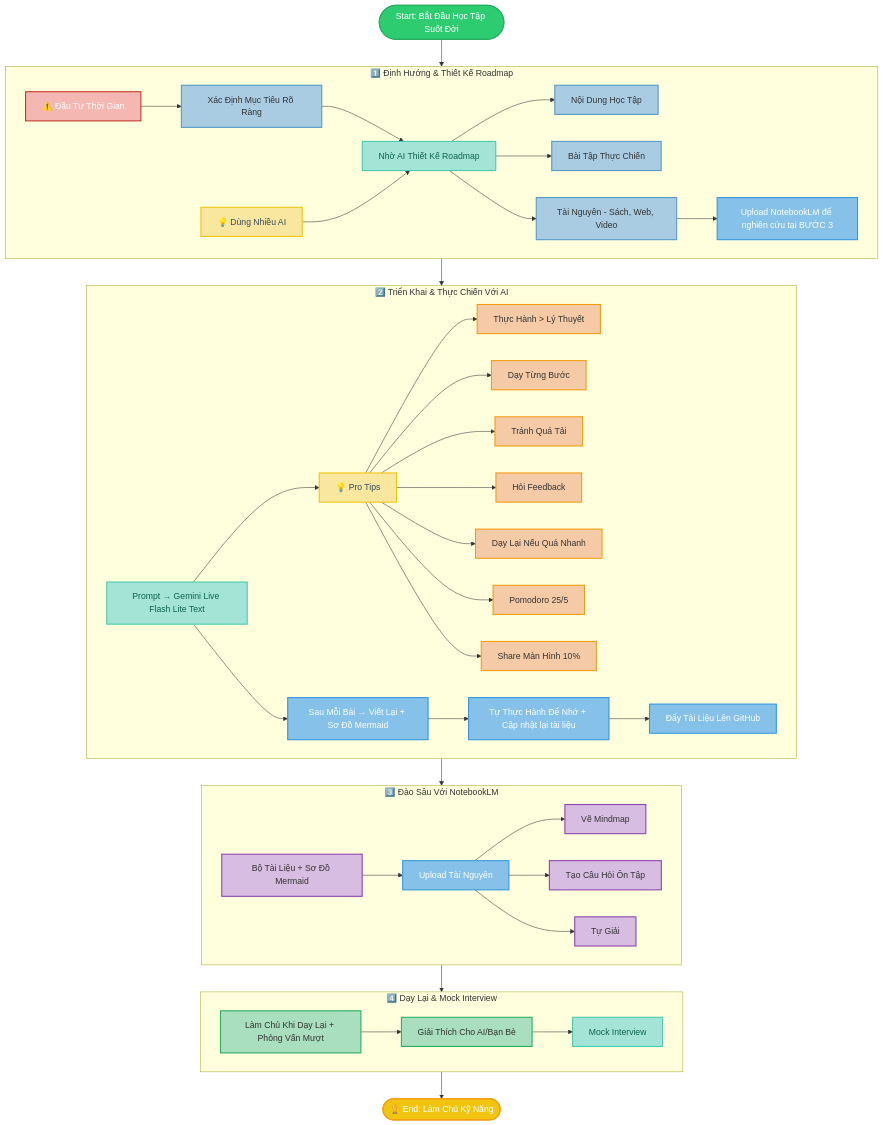
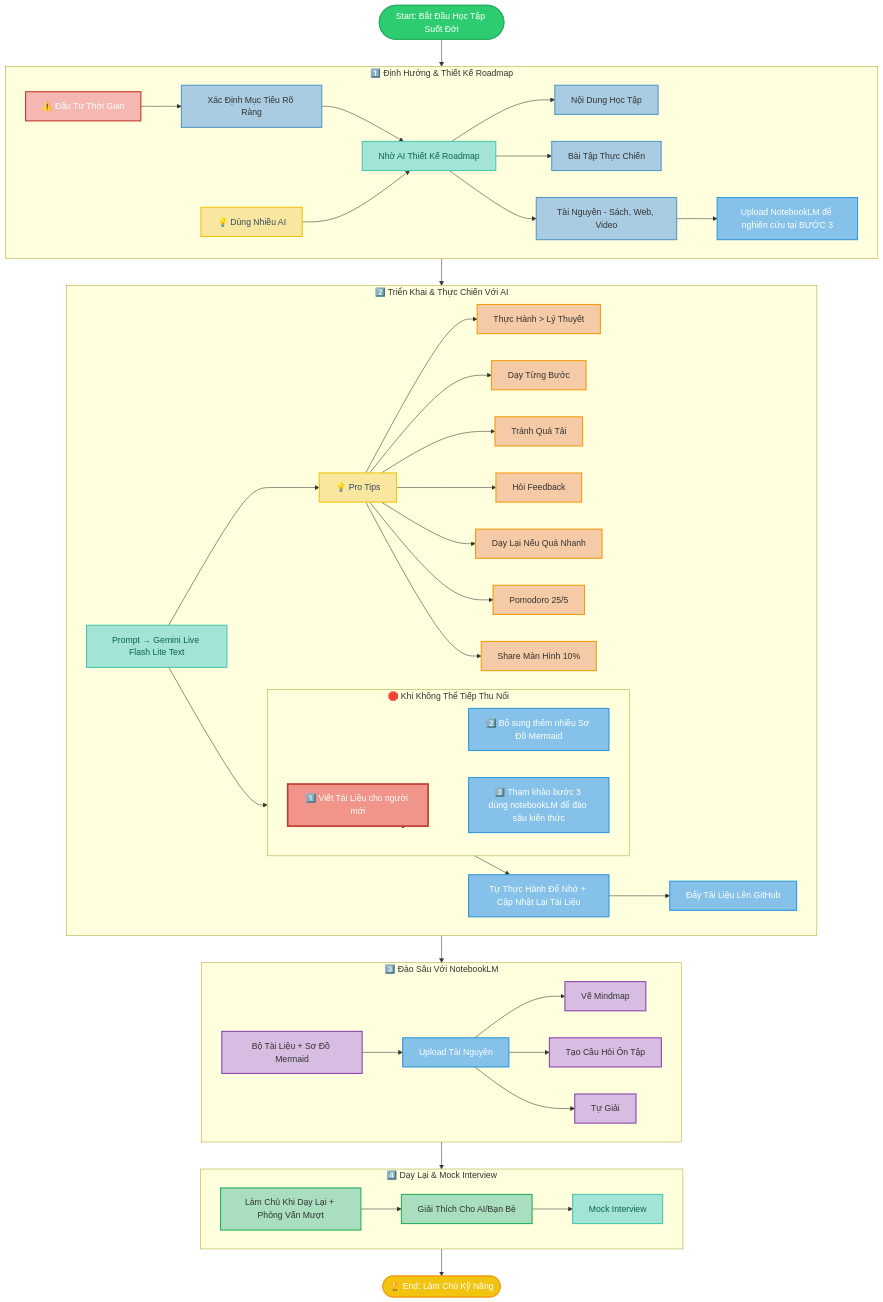
Before and after one commit to khanhnk-phuctho/lifelong-learning: the first of 5 diagrams in README.md, drawn with Mermaid. The commit also changed other lines of this file, not shown here.

```diff
--- a/README.md
+++ b/README.md
@@ -80,6 +78,7 @@
     classDef warning fill:#f5b7b1,stroke:#c0392b,stroke-width:2px,color:#fff;
     classDef aiNode fill:#a3e4d7,stroke:#48c9b0,stroke-width:2px,color:#0e6251;
     classDef actionNode fill:#85c1e9,stroke:#3498db,stroke-width:2px,color:#fff;
+    classDef criticalNode fill:#f1948a,stroke:#c0392b,stroke-width:3px,color:#fff;
 
     %% --- SƠ ĐỒ CHÍNH (MAIN FLOW) ---
     Start([Start: Bắt Đầu Học Tập Suốt Đời]):::startStyle
@@ -120,13 +119,23 @@
         SlowDown[Dạy Lại Nếu Quá Nhanh]:::step2_node
         Pomodoro[Pomodoro 25/5]:::step2_node
         ShareScreen[Share Màn Hình 10%]:::step2_node
-        AfterLesson[Sau Mỗi Bài → Viết Lại + Sơ Đồ Mermaid]:::actionNode
-        SelfPractice[Tự Thực Hành Để Nhớ + Cập nhật lại tài liệu]:::actionNode
+        
+        subgraph OverloadBlock [🛑 Khi Không Thể Tiếp Thu Nổi]
+            StopAndWrite[1️⃣ Viết Tài Liệu cho người mới]:::criticalNode
+            MermaidDiagram[2️⃣ Bổ sung thêm nhiều Sơ Đồ Mermaid]:::actionNode
+            DeepDive[3️⃣ Tham khảo bước 3 dùng notebookLM để đào sâu kiến thức]:::actionNode
+        end
+
+        SelfPractice[Tự Thực Hành Để Nhớ + Cập Nhật Lại Tài Liệu]:::actionNode
         PushGit[Đẩy Tài Liệu Lên GitHub]:::actionNode
 
         Prompt --> ProTips
         ProTips --> PracticeFocus & StepByStep & NoOverload & AskFeedback & SlowDown & Pomodoro & ShareScreen
-        Prompt --> AfterLesson --> SelfPractice --> PushGit
+        Prompt --> OverloadBlock
+        OverloadBlock --> StopAndWrite
+        OverloadBlock --> MermaidDiagram
+        OverloadBlock --> DeepDive
+        OverloadBlock --> SelfPractice --> PushGit
     end
 
     %% --- BƯỚC 3 ---
```
